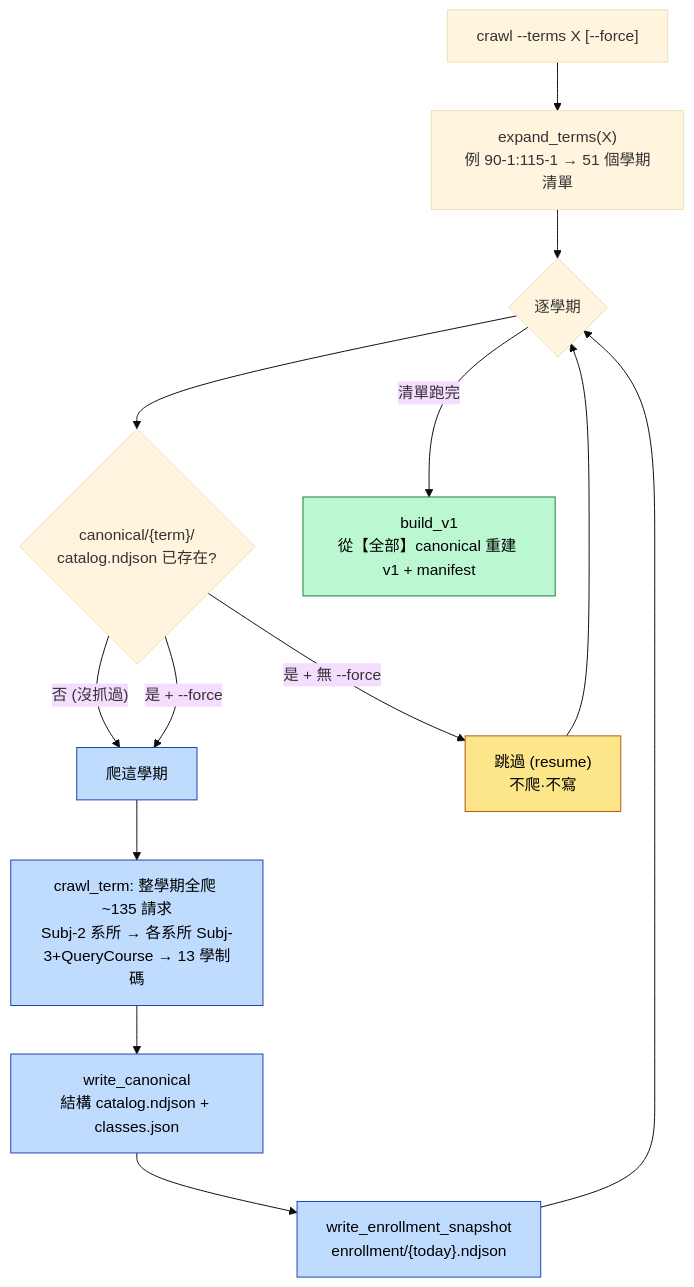
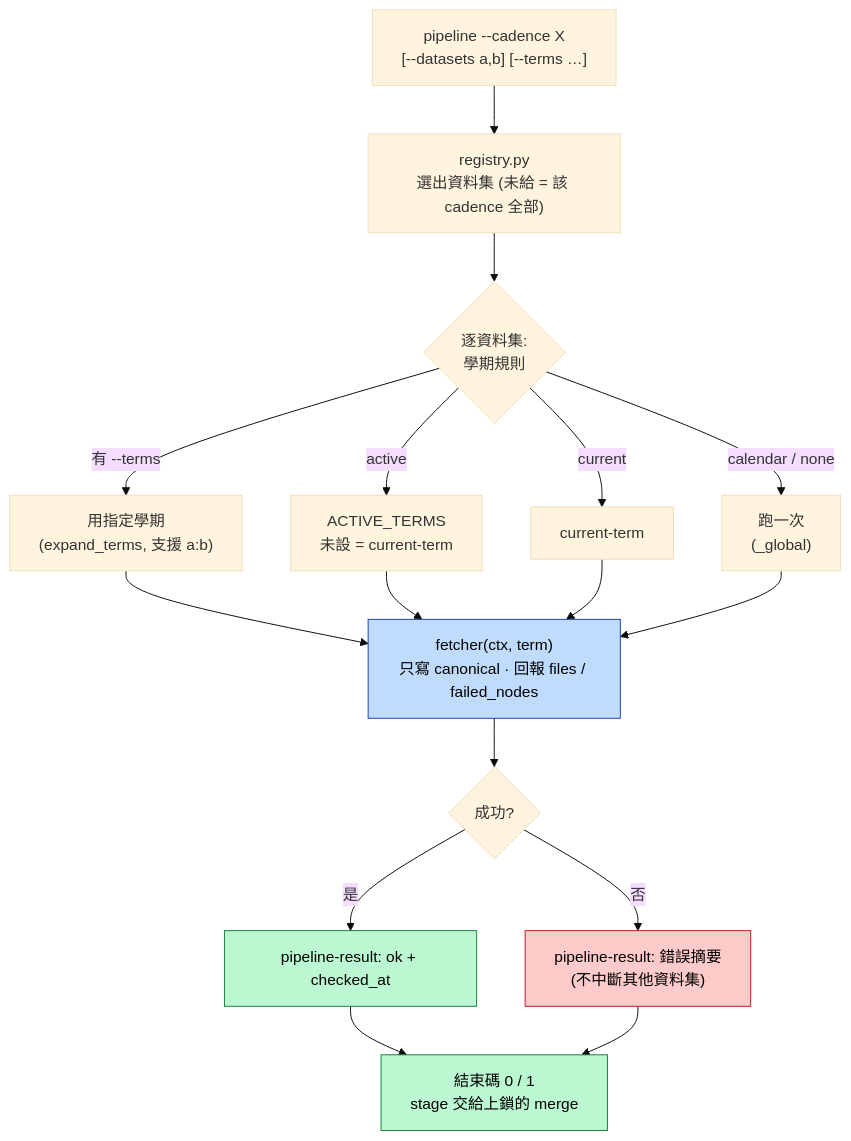
One commit to poterpan/ntutbox-course changed the diagram in docs/diagrams/04-crawl-logic.mmd. Above: the diagram before and after it, drawn with Mermaid (base theme). The commit also changed 26 other files, not shown here.

```diff
--- a/docs/diagrams/04-crawl-logic.mmd
+++ b/docs/diagrams/04-crawl-logic.mmd
@@ -1,22 +1,23 @@
 flowchart TD
-    A["crawl --terms X [--force]"] --> B["expand_terms(X)<br/>例 90-1:115-1 → 51 個學期清單"]
-    B --> C{"逐學期"}
-    C --> D{"canonical/{term}/<br/>catalog.ndjson 已存在?"}
-    D -->|"否 (沒抓過)"| F["爬這學期"]
-    D -->|"是 + 無 --force"| S["跳過 (resume)<br/>不爬·不寫"]
-    D -->|"是 + --force"| F
-    S --> C
+    A["pipeline --cadence X<br/>[--datasets a,b] [--terms …]"] --> B["registry.py<br/>選出資料集 (未給 = 該 cadence 全部)"]
+    B --> C{"逐資料集:<br/>學期規則"}
+    C -->|"有 --terms"| T0["用指定學期<br/>(expand_terms, 支援 a:b)"]
+    C -->|"active"| T1["ACTIVE_TERMS<br/>未設 = current-term"]
+    C -->|"current"| T2["current-term"]
+    C -->|"calendar / none"| T3["跑一次<br/>(_global)"]
+    T0 --> F
+    T1 --> F
+    T2 --> F
+    T3 --> F
+    F["fetcher(ctx, term)<br/>只寫 canonical · 回報 files / failed_nodes"] --> G{"成功?"}
+    G -->|是| OK["pipeline-result: ok + checked_at"]
+    G -->|否| NG["pipeline-result: 錯誤摘要<br/>(不中斷其他資料集)"]
+    OK --> R["結束碼 0 / 1<br/>stage 交給上鎖的 merge"]
+    NG --> R
 
-    F --> G["crawl_term: 整學期全爬 ~135 請求<br/>Subj-2 系所 → 各系所 Subj-3+QueryCourse → 13 學制碼"]
-    G --> H["write_canonical<br/>結構 catalog.ndjson + classes.json"]
-    H --> I["write_enrollment_snapshot<br/>enrollment/{today}.ndjson"]
-    I --> C
-
-    C -->|"清單跑完"| J["build_v1<br/>從【全部】canonical 重建 v1 + manifest"]
-
-    classDef skip fill:#fde68a,stroke:#b45309,color:#000
     classDef crawl fill:#bfdbfe,stroke:#1e40af,color:#000
     classDef done fill:#bbf7d0,stroke:#15803d,color:#000
-    class S skip
-    class F,G,H,I crawl
-    class J done
+    classDef bad fill:#fecaca,stroke:#b91c1c,color:#000
+    class F crawl
+    class OK,R done
+    class NG bad
```
